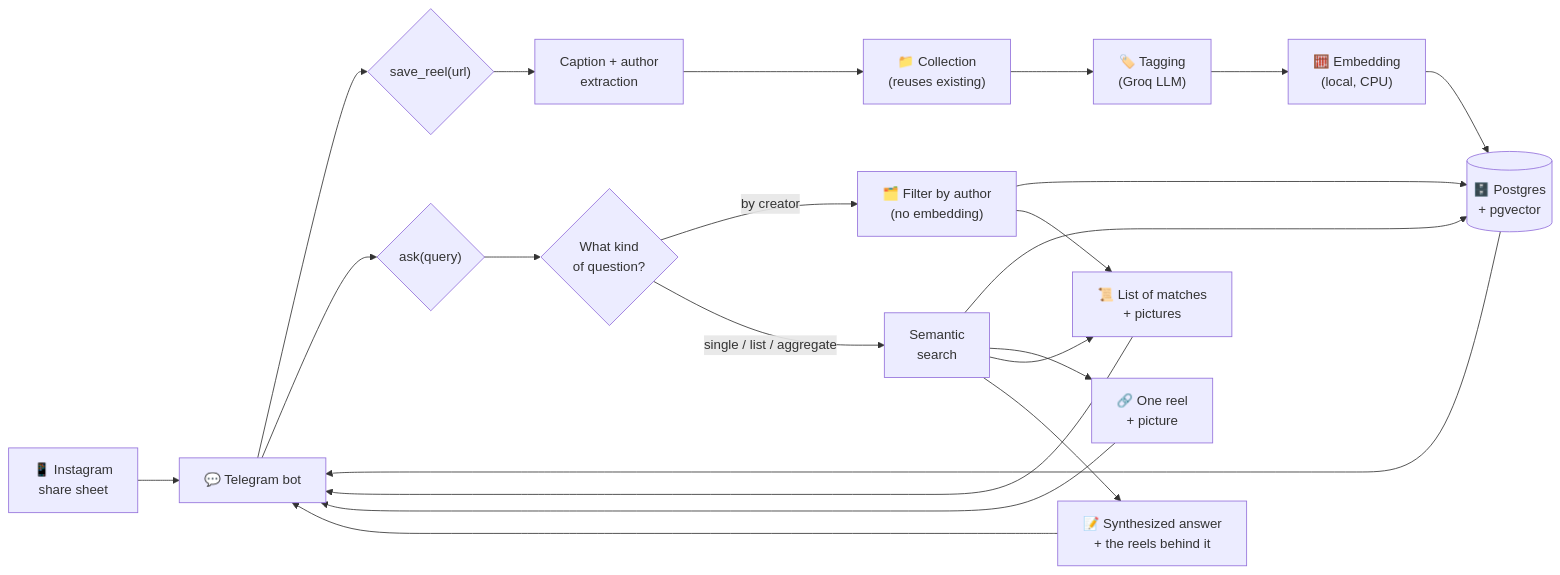
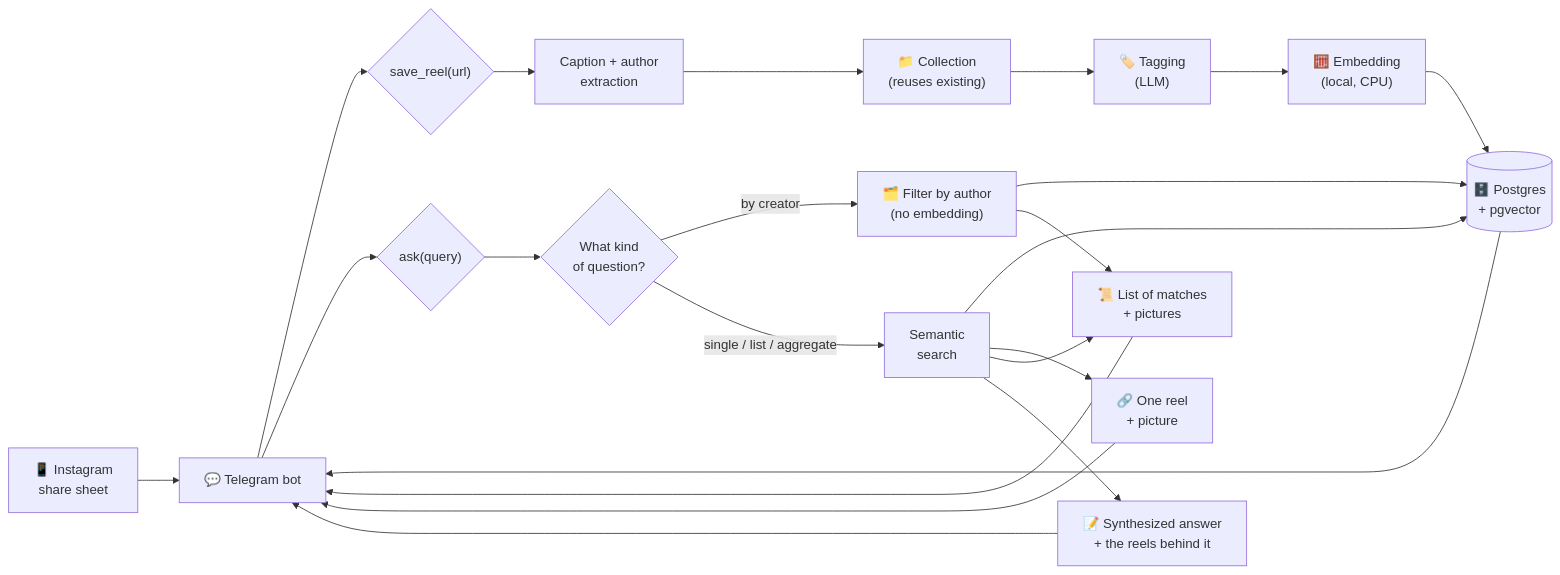
One commit to georgeousai/Content_retreiver changed the diagram in README.md. Above: the diagram before and after it, drawn with Mermaid. The commit also changed other lines of this file and 13 other files, not shown here.

````diff
--- a/README.md
+++ b/README.md
@@ -23,26 +23,26 @@
 ```mermaid
 flowchart LR
     A["📱 Instagram<br/>share sheet"] --> B["💬 Telegram bot"]
     B --> C{"save_reel(url)"}
 
     C --> D["Caption + author<br/>extraction"]
     D --> D2["📁 Collection<br/>(reuses existing)"]
-    D2 --> E["🏷️ Tagging<br/>(Groq LLM)"]
+    D2 --> E["🏷️ Tagging<br/>(LLM)"]
     E --> F["🧮 Embedding<br/>(local, CPU)"]
     F --> G[("🗄️ Postgres<br/>+ pgvector")]
     G --> B
 
     B --> H{"ask(query)"}
     H --> J{"What kind<br/>of question?"}
     J -->|by creator| M["🗂️ Filter by author<br/>(no embedding)"]
     J -->|single / list / aggregate| I["Semantic<br/>search"]
     I --> G
     M --> G
     I --> K["🔗 One reel<br/>+ picture"]
     I --> N["📜 List of matches<br/>+ pictures"]
     I --> L["📝 Synthesized answer<br/>+ the reels behind it"]
     M --> N
     K --> B
     N --> B
     L --> B
 ```
````
